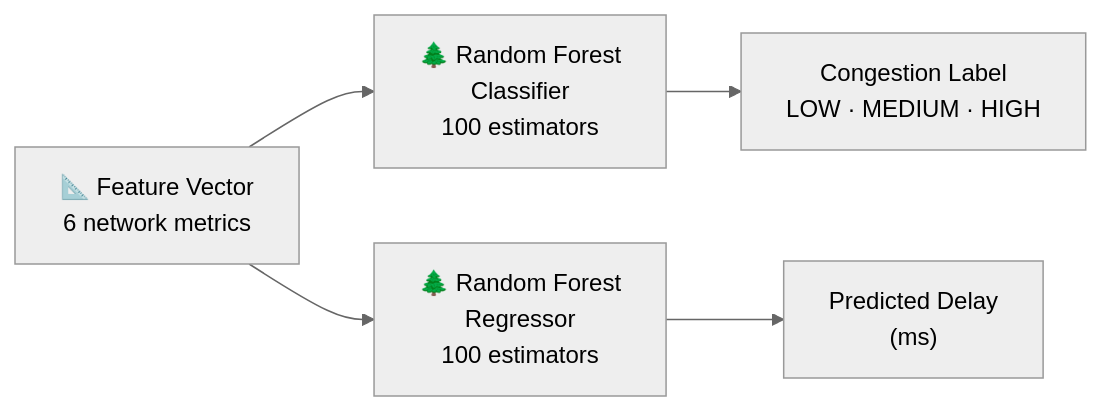
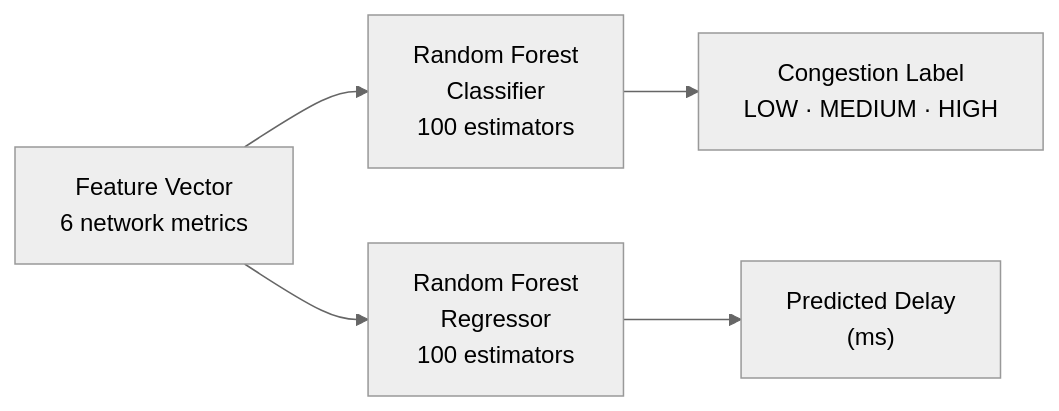
The fifth of 10 diagrams in README.md (Eldo-John-Giby/Adaptive-Network-Routing-Congestion-Control), drawn with Mermaid (neutral theme) before and after one commit. The commit also changed other lines of this file, not shown here.

````diff
--- a/README.md
+++ b/README.md
@@ -231,11 +231,11 @@
 ```mermaid
 flowchart LR
-    F["📐 Feature Vector\n6 network metrics"]
-    C["🌲 Random Forest\nClassifier\n100 estimators"]
-    R["🌲 Random Forest\nRegressor\n100 estimators"]
-    L["Congestion Label\nLOW · MEDIUM · HIGH"]
-    D["Predicted Delay\n(ms)"]
+F[" Feature Vector\n6 network metrics"]
+C[" Random Forest\nClassifier\n100 estimators"]
+R[" Random Forest\nRegressor\n100 estimators"]
+L["Congestion Label\nLOW · MEDIUM · HIGH"]
+D["Predicted Delay\n(ms)"]
 
-    F --> C --> L
-    F --> R --> D
+F --> C --> L
+F --> R --> D
 ```
````
